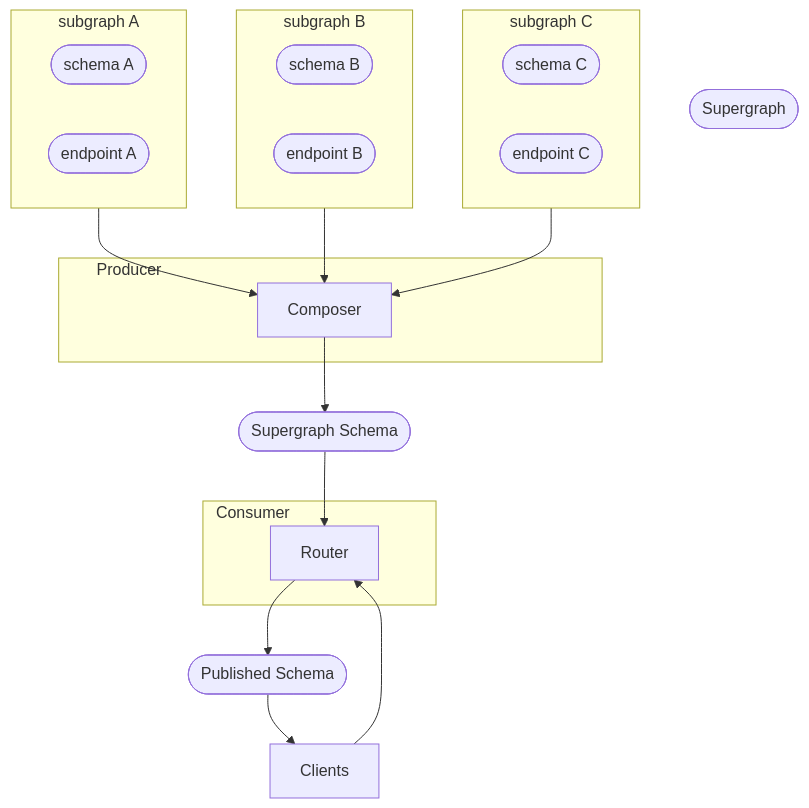
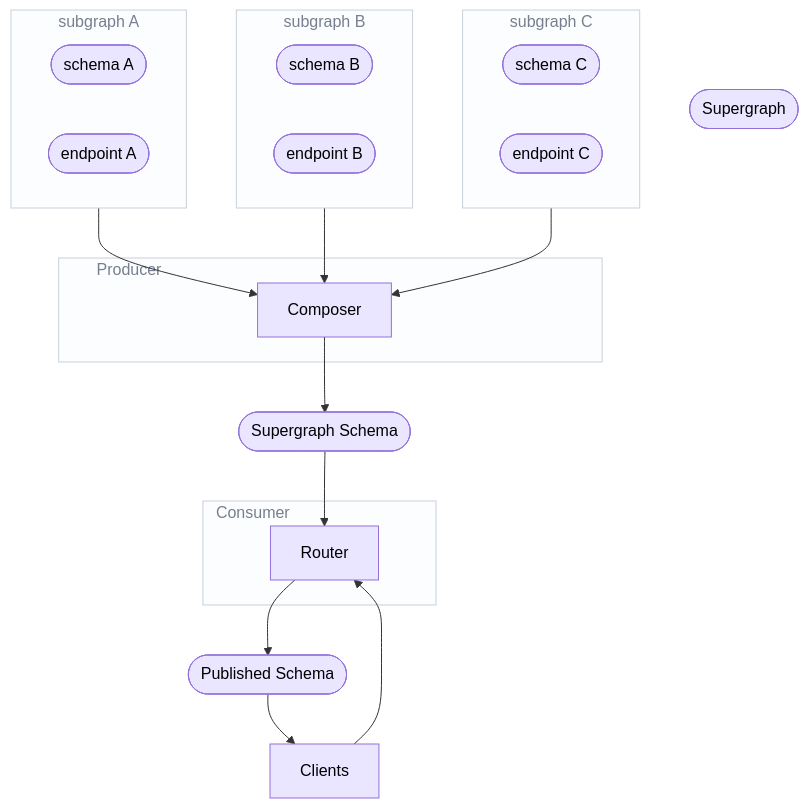
Before and after one commit to apollographql/specs-join: the second of 2 diagrams in join.spec.md, drawn with Mermaid. The commit also changed other lines of this file, not shown here.

Commit message:
Lighten up dark diagrams
Align with the core spec by lightening up the dark mermaid
diagrams.

````diff
--- a/join.spec.md
+++ b/join.spec.md
@@ -65,30 +66,48 @@
 ```mermaid diagram -- Actors and roles within an example composition pipeline
 flowchart TB
+    classDef bg fill:#EBE6FF;
     subgraph A [subgraph A]
-      schemaA([schema A])
-      endpointA([endpoint A])
+      schemaA([schema A]):::bg
+      style schemaA color:#000
+      endpointA([endpoint A]):::bg
+      style endpointA color:#000
     end
+    style A fill:#FCFDFF,stroke:#CAD0D8,color:#777F8E;
     subgraph B [subgraph B]
-      schemaB([schema B])
-      endpointB([endpoint B])
+      schemaB([schema B]):::bg
+      style schemaB color:#000
+      endpointB([endpoint B]):::bg
+      style endpointB color:#000
     end
+    style B fill:#FCFDFF,stroke:#CAD0D8,color:#777F8E;
     subgraph C [subgraph C]
-      schemaC([schema C])
-      endpointC([endpoint C])
+      schemaC([schema C]):::bg
+      style schemaC color:#000
+      endpointC([endpoint C]):::bg
+      style endpointC color:#000
     end
-    subgraph "Producer ⠀⠀⠀⠀⠀⠀⠀⠀⠀⠀⠀⠀⠀⠀⠀⠀⠀⠀⠀⠀⠀⠀⠀⠀⠀⠀⠀⠀⠀⠀⠀⠀⠀⠀"
+    style C fill:#FCFDFF,stroke:#CAD0D8,color:#777F8E;
+    subgraph producer["Producer ⠀⠀⠀⠀⠀⠀⠀⠀⠀⠀⠀⠀⠀⠀⠀⠀⠀⠀⠀⠀⠀⠀⠀⠀⠀⠀⠀⠀⠀⠀⠀⠀⠀⠀"]
       Composer
+      style Composer color:#000
     end
-    supergraph([Supergraph])
-    subgraph "Consumer ⠀⠀⠀⠀⠀⠀⠀⠀⠀⠀⠀"
+    style producer fill:#FCFDFF,stroke:#CAD0D8,color:#777F8E;
+    supergraph([Supergraph]):::bg
+    style supergraph color:#000
+    subgraph consumer["Consumer ⠀⠀⠀⠀⠀⠀⠀⠀⠀⠀⠀"]
       Router
+      style Router color:#000
     end
-    A-->Composer
-    B-->Composer
-    C-->Composer
-    Composer-->supergraphSchema([Supergraph Schema])
-    supergraphSchema-->Router
-    Router-->published([Published Schema])
-    published-->Clients
-    Clients-->Router
+    style consumer fill:#FCFDFF,stroke:#CAD0D8,color:#777F8E;
+    A-->Composer:::bg
+    B-->Composer:::bg
+    C-->Composer:::bg
+    Composer-->supergraphSchema([Supergraph Schema]):::bg
+    style supergraphSchema color:#000
+    supergraphSchema-->Router:::bg
+    Router-->published([Published Schema]):::bg
+    style published color:#000
+    published-->Clients:::bg
+    style Clients color:#000
+    Clients-->Router:::bg
 ```
````
